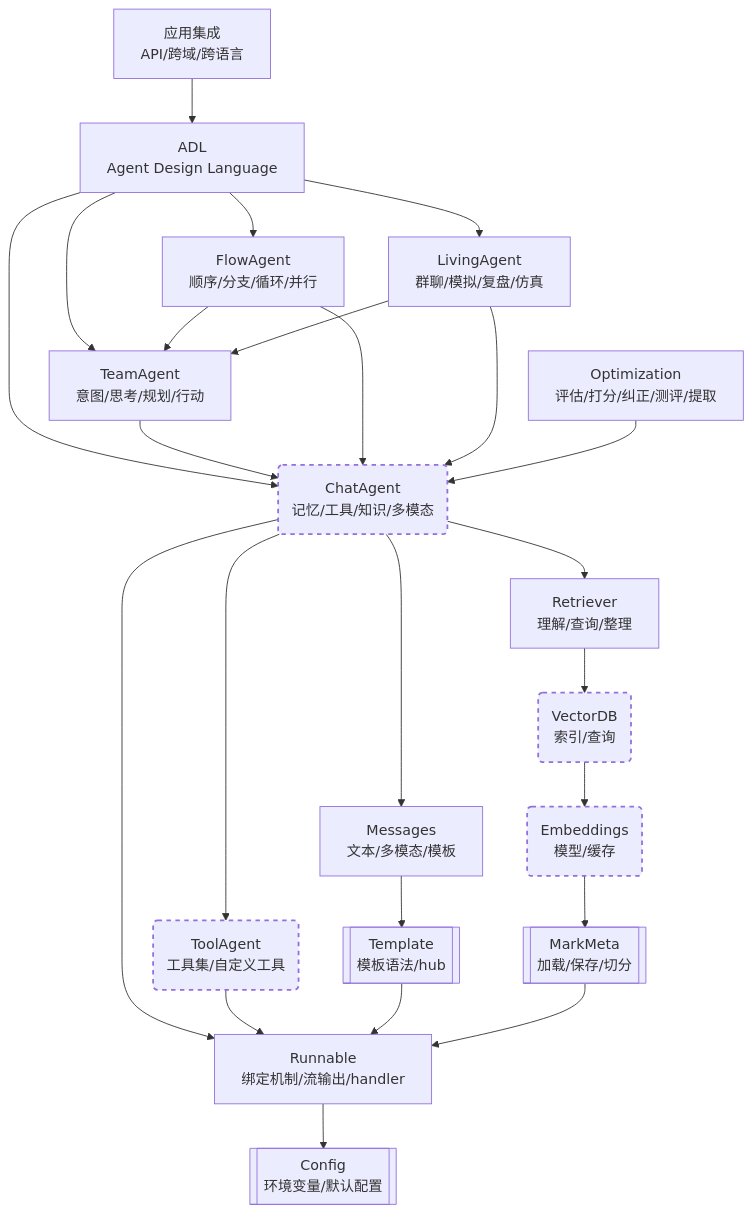
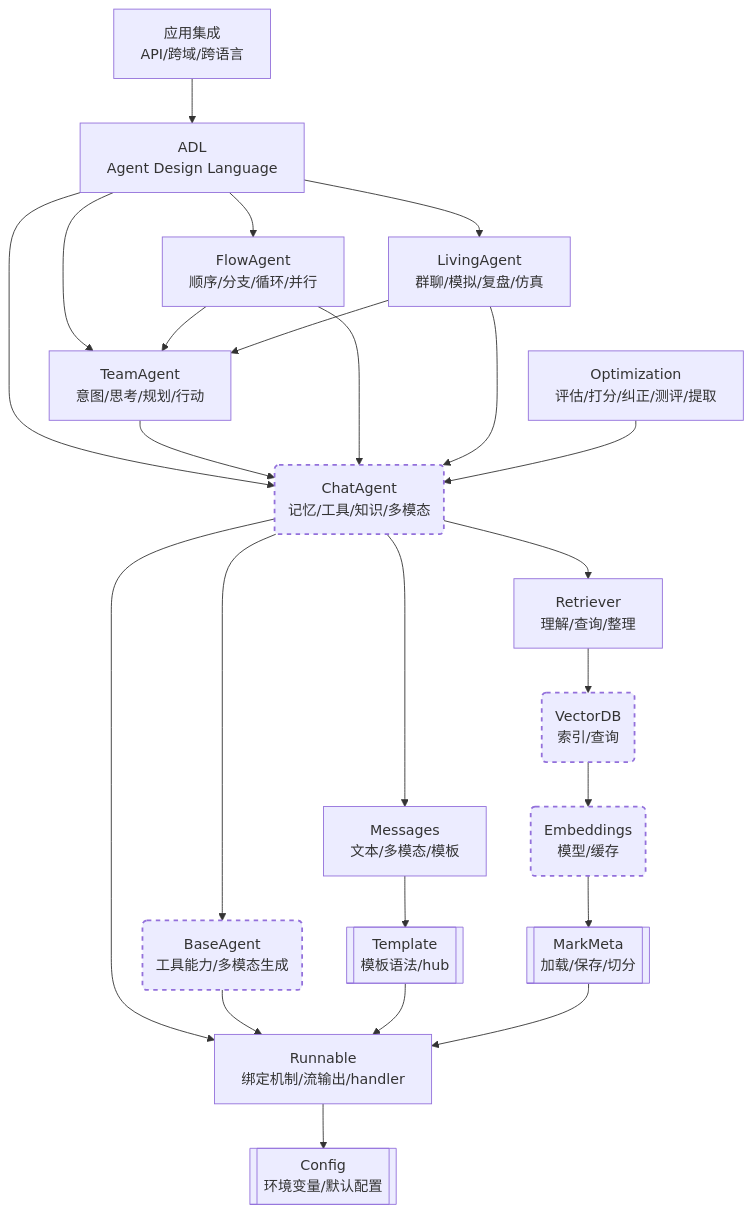
Before and after one commit to arcstep/illufly: the first of 2 diagrams in notes/index.md, drawn with Mermaid. The commit also changed 19 other files, not shown here.

Commit message:
feat: 在 BaseAgent 中完成工具能力，移除 ToolAgent

````diff
--- a/notes/index.md
+++ b/notes/index.md
@@ -5,42 +5,42 @@
 ```mermaid
 graph TD
     Config[[Config<br>环境变量/默认配置]]
     Runnable[Runnable<br>绑定机制/流输出/handler]
 
     Application[应用集成<br>API/跨域/跨语言]
     ADL[ADL<br>Agent Design Language]
     Optimization[Optimization<br>评估/打分/纠正/测评/提取]
     Living[LivingAgent<br>群聊/模拟/复盘/仿真]
     Flow[FlowAgent<br>顺序/分支/循环/并行]
 
     Team[TeamAgent<br>意图/思考/规划/行动]
     Agent(ChatAgent<br>记忆/工具/知识/多模态)
-    ToolAgent(ToolAgent<br>工具集/自定义工具)
+    BaseAgent(BaseAgent<br>工具能力/多模态生成)
     Messages[Messages<br>文本/多模态/模板]
     Template[[Template<br>模板语法/hub]]
 
     MarkMeta[[MarkMeta<br>加载/保存/切分]]
     VectorDB(VectorDB<br>索引/查询)
     Emb(Embeddings<br>模型/缓存)
     Retriever[Retriever<br>理解/查询/整理]
 
     Application --> ADL
     ADL --> Agent
     ADL --> Team
     ADL --> Flow
     Flow --> Team --> Agent
     Flow --> Agent
     ADL --> Living --> Team
     Living --> Agent
     Optimization --> Agent
     Agent --> Runnable --> Config
-    Agent --> ToolAgent --> Runnable
+    Agent --> BaseAgent --> Runnable
     Agent --> Messages -->  Template --> Runnable
     Agent --> Retriever --> VectorDB --> Emb --> MarkMeta --> Runnable
 
     style Agent stroke-width:2px,stroke-dasharray:5 5
-    style ToolAgent stroke-width:2px,stroke-dasharray:5 5
+    style BaseAgent stroke-width:2px,stroke-dasharray:5 5
     style VectorDB stroke-width:2px,stroke-dasharray:5 5
     style Emb stroke-width:2px,stroke-dasharray:5 5
 
 ```
````
